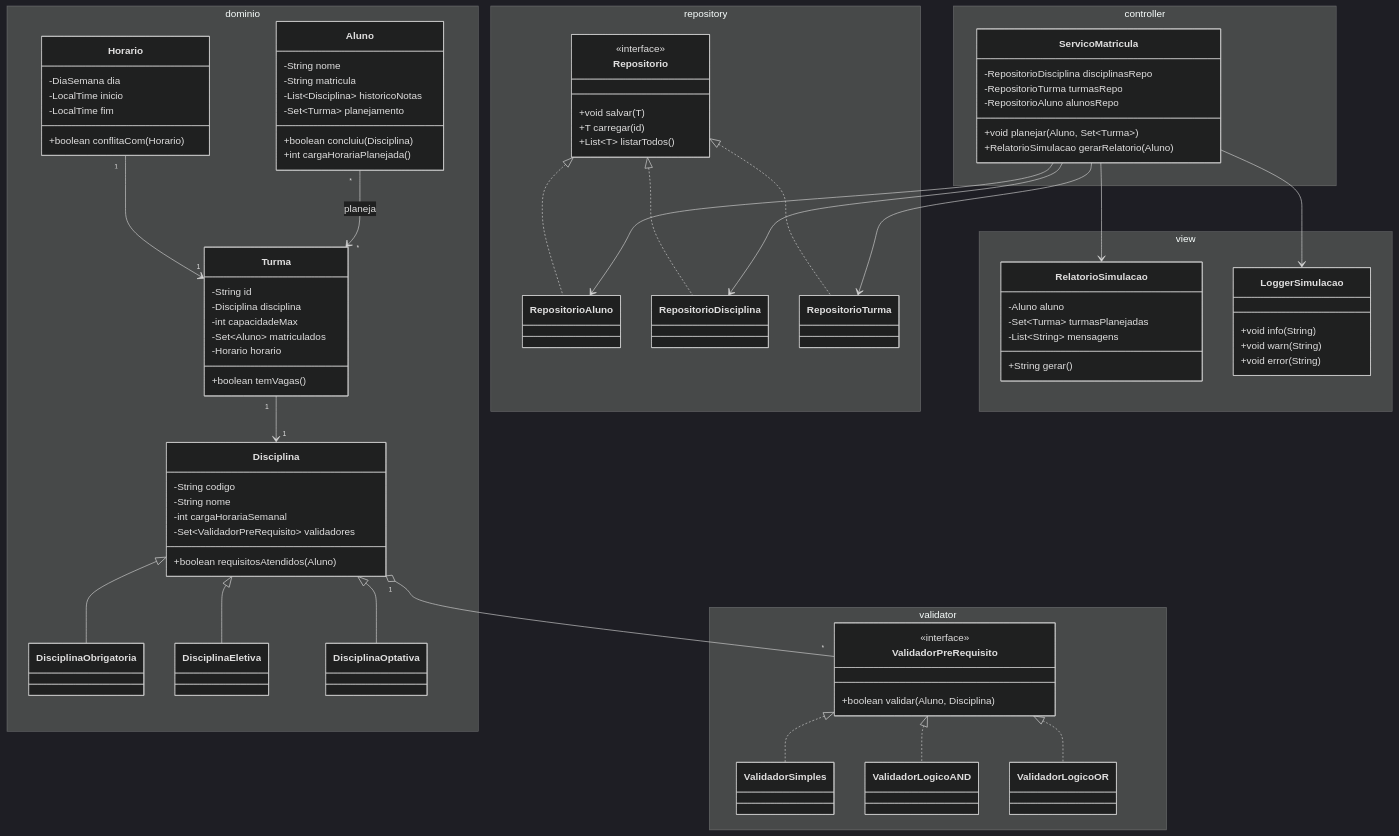
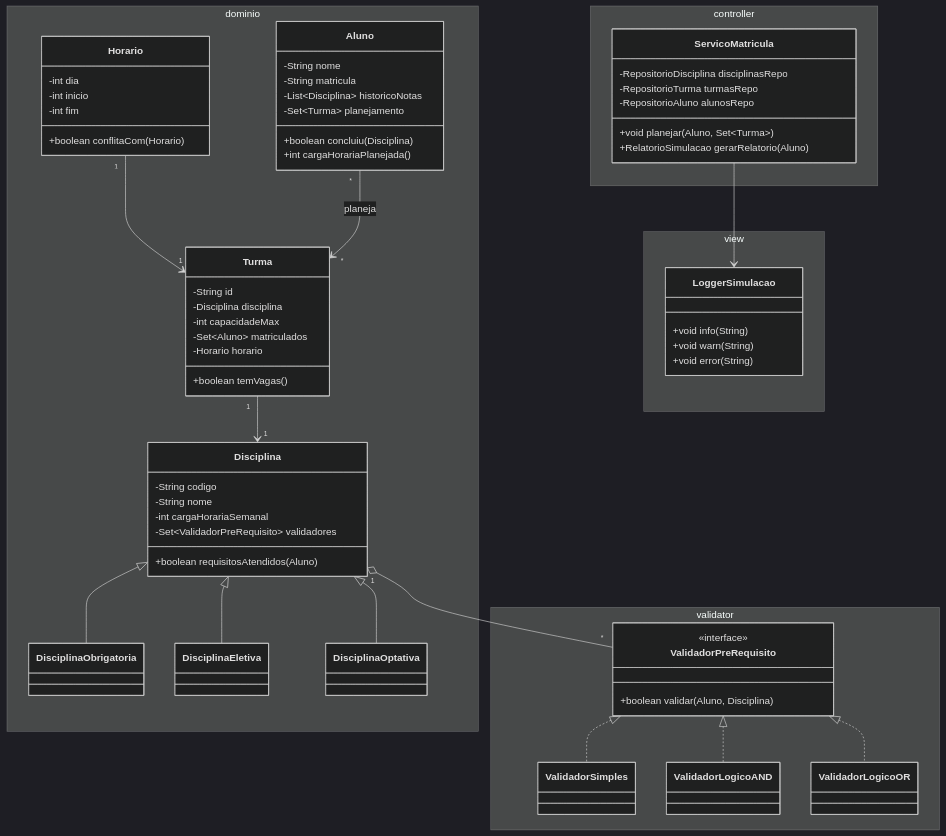
One commit to W8jonas/Sistema-de-Simulacao-de-Planejamento-Acad-mico-POO changed the diagram in README.md. Above: the diagram before and after it, drawn with Mermaid (dark theme).

Commit message:
Atualiza readme e diagrama de classes

````diff
--- a/README.md
+++ b/README.md
@@ -66,9 +66,9 @@
     class DisciplinaOptativa
 
     class Horario {
-        -DiaSemana dia
-        -LocalTime inicio
-        -LocalTime fim
+        -int dia
+        -int inicio
+        -int fim
         +boolean conflitaCom(Horario)
     }
 
@@ -112,21 +112,6 @@
 
 Disciplina "1" o-- "*" ValidadorPreRequisito
 
-namespace repository {
-    class Repositorio {
-        <<interface>>
-        +void salvar(T)
-        +T carregar(id)
-        +List~T~ listarTodos()
-    }
-    class RepositorioAluno
-    class RepositorioDisciplina
-    class RepositorioTurma
-}
-Repositorio <|.. RepositorioAluno
-Repositorio <|.. RepositorioDisciplina
-Repositorio <|.. RepositorioTurma
-
 namespace controller {
     class ServicoMatricula {
         -RepositorioDisciplina disciplinasRepo
@@ -136,23 +121,13 @@
         +RelatorioSimulacao gerarRelatorio(Aluno)
     }
 }
-ServicoMatricula --> RepositorioAluno
-ServicoMatricula --> RepositorioDisciplina
-ServicoMatricula --> RepositorioTurma
 
 namespace view {
-    class RelatorioSimulacao {
-        -Aluno aluno
-        -Set~Turma~ turmasPlanejadas
-        -List~String~ mensagens
-        +String gerar()
-    }
     class LoggerSimulacao {
         +void info(String)
         +void warn(String)
         +void error(String)
     }
 }
-ServicoMatricula --> RelatorioSimulacao
 ServicoMatricula --> LoggerSimulacao
 ```
````
